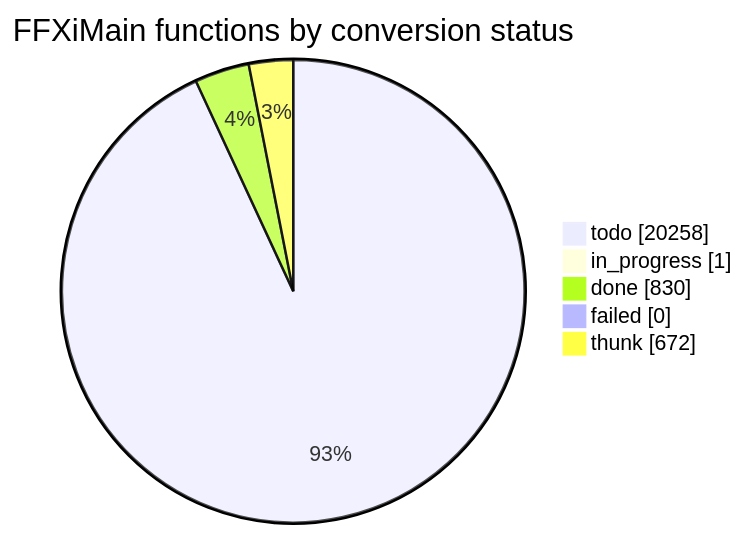
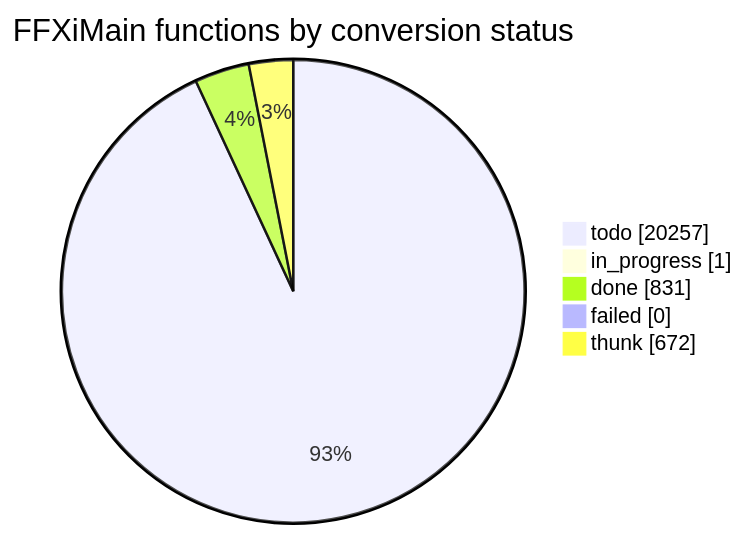
One commit to cowrevenge/cow_kuluu_xi_anything changed the diagram in docs/cow/STATUS.md. Above: the diagram before and after it, drawn with Mermaid. The commit also changed other lines of this file and 8 other files, not shown here.

````diff
--- a/docs/cow/STATUS.md
+++ b/docs/cow/STATUS.md
@@ -18,9 +18,9 @@
 ```mermaid
 pie showData
     title FFXiMain functions by conversion status
-    "todo" : 20258
+    "todo" : 20257
     "in_progress" : 1
-    "done" : 830
+    "done" : 831
     "failed" : 0
     "thunk" : 672
 ```
````
